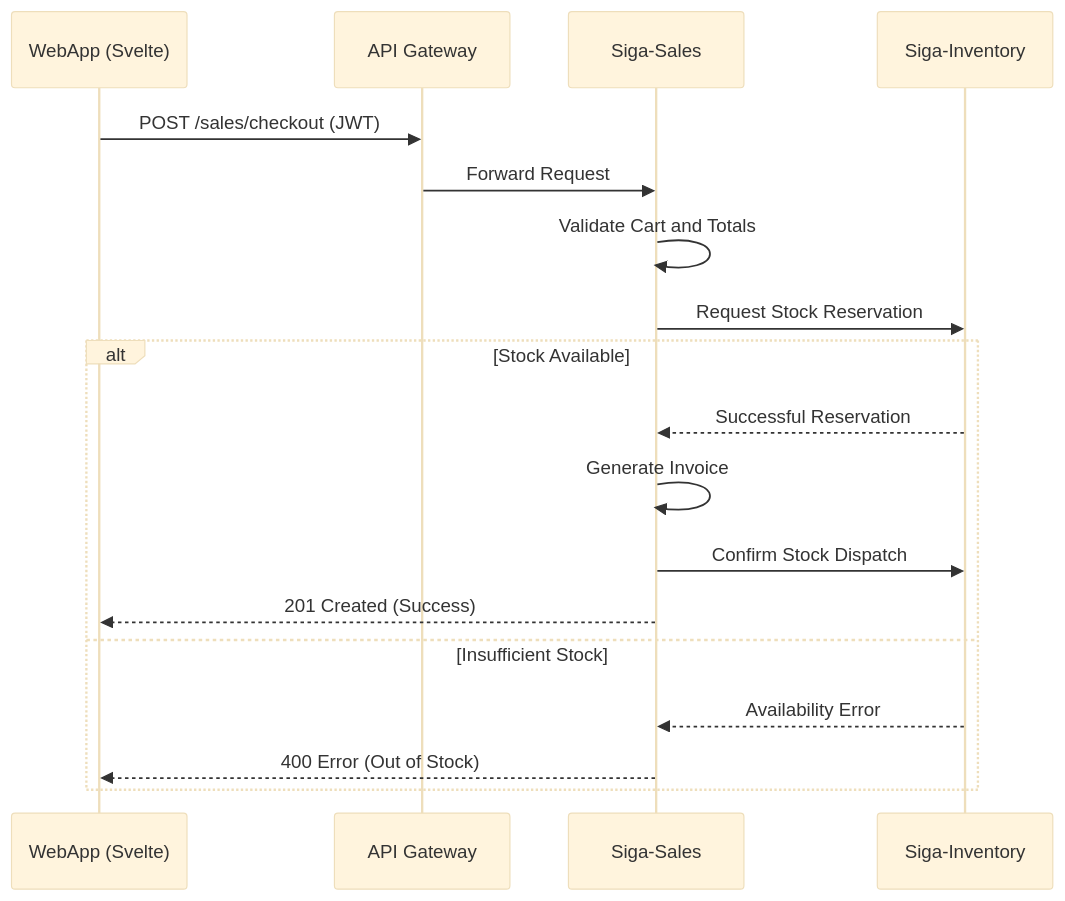
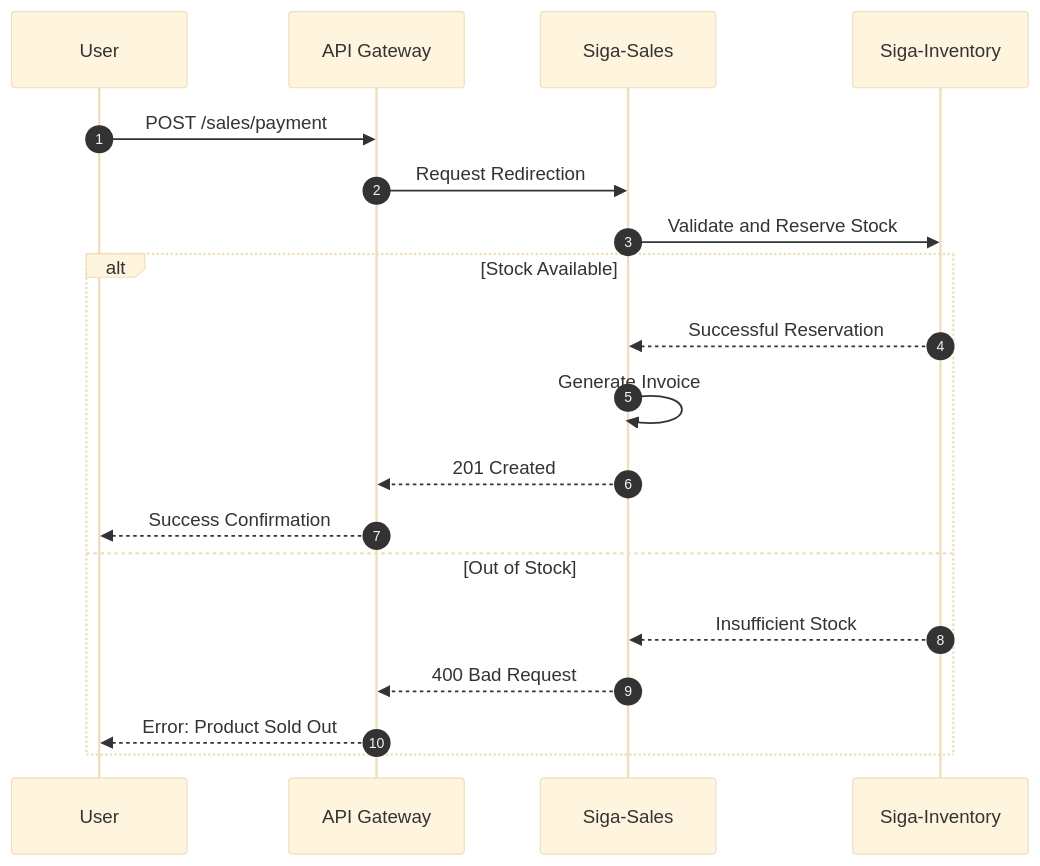
The first of 2 diagrams in docs/technical-room/en/04-PROCESS-VIEW.mdx (HecAguilaV/SIGA), drawn with Mermaid (base theme) before and after one commit. The commit also changed other lines of this file and 10 other files, not shown here.

Commit message:
docs(tech-room): finalize 4+1 view model with high-fidelity diagrams and semantic monorepo sync

````diff
--- a/docs/technical-room/en/04-PROCESS-VIEW.mdx
+++ b/docs/technical-room/en/04-PROCESS-VIEW.mdx
@@ -11,22 +9,22 @@
 ```mermaid
 sequenceDiagram
-    participant Web as WebApp (Svelte)
-    participant GT as API Gateway
-    participant Sales as Siga-Sales
-    participant Inv as Siga-Inventory
+    autonumber
+    participant U as User
+    participant G as API Gateway
+    participant S as Siga-Sales
+    participant I as Siga-Inventory
 
-    Web->>GT: POST /sales/checkout (JWT)
-    GT->>Sales: Forward Request
-    Sales->>Sales: Validate Cart and Totals
-    Sales->>Inv: Request Stock Reservation
-    
+    U->>G: POST /sales/payment
+    G->>S: Request Redirection
+    S->>I: Validate and Reserve Stock
     alt Stock Available
-        Inv-->>Sales: Successful Reservation
-        Sales->>Sales: Generate Invoice
-        Sales->>Inv: Confirm Stock Dispatch
-        Sales-->>Web: 201 Created (Success)
-    else Insufficient Stock
-        Inv-->>Sales: Availability Error
-        Sales-->>Web: 400 Error (Out of Stock)
+        I-->>S: Successful Reservation
+        S->>S: Generate Invoice
+        S-->>G: 201 Created
+        G-->>U: Success Confirmation
+    else Out of Stock
+        I-->>S: Insufficient Stock
+        S-->>G: 400 Bad Request
+        G-->>U: Error: Product Sold Out
     end
 ```
````
